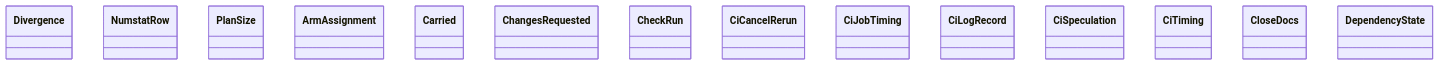
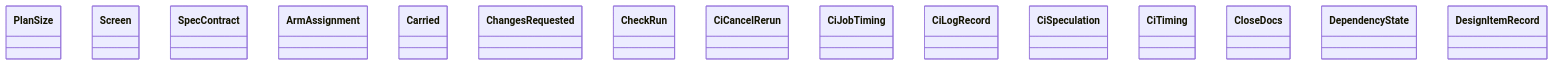
The diagram in docs/architecture/generated/classes-process-domain-state-3.md (GonzaloZevallos/agentic-system), drawn with Mermaid before and after one commit. The commit also changed other lines of this file and 14 other files, not shown here.

First line of the commit message:
Add the Spec format: contract types and hash in Process, parser and validator in Knowledge

````diff
--- a/docs/architecture/generated/classes-process-domain-state-3.md
+++ b/docs/architecture/generated/classes-process-domain-state-3.md
@@ -25,17 +25,18 @@
 ```mermaid
 classDiagram
-    class size_budget__Divergence["Divergence"]
-    class size_budget__NumstatRow["NumstatRow"]
     class size_budget__PlanSize["PlanSize"]
+    class spec_delivery__Screen["Screen"]
+    class spec_delivery__SpecContract["SpecContract"]
     class task__ArmAssignment["ArmAssignment"]
     class task__Carried["Carried"]
     class task__ChangesRequested["ChangesRequested"]
     class task__CheckRun["CheckRun"]
     class task__CiCancelRerun["CiCancelRerun"]
     class task__CiJobTiming["CiJobTiming"]
     class task__CiLogRecord["CiLogRecord"]
     class task__CiSpeculation["CiSpeculation"]
     class task__CiTiming["CiTiming"]
     class task__CloseDocs["CloseDocs"]
     class task__DependencyState["DependencyState"]
+    class task__DesignItemRecord["DesignItemRecord"]
 ```
````
